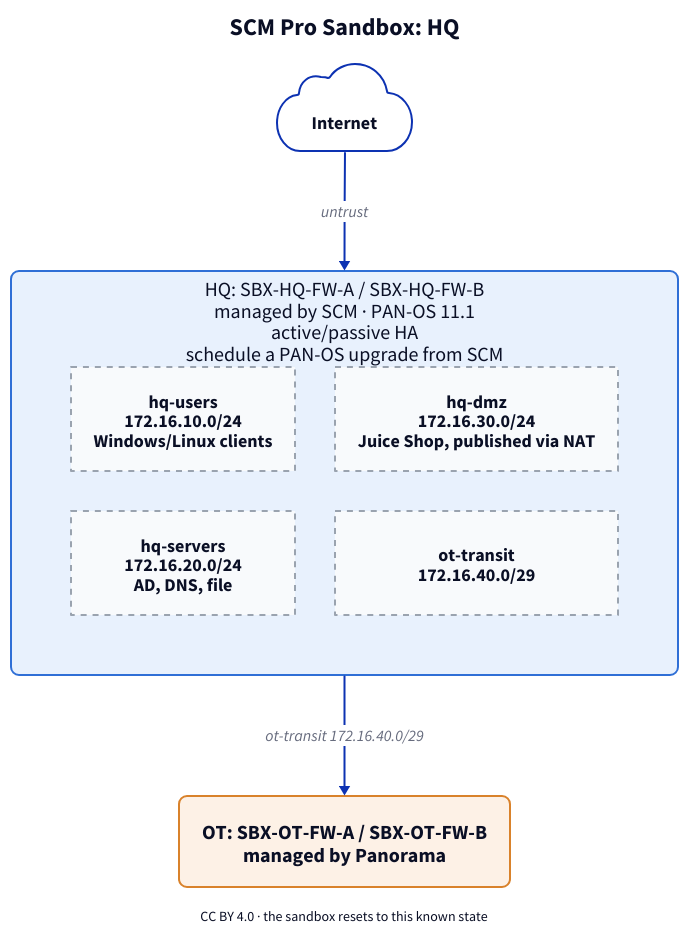
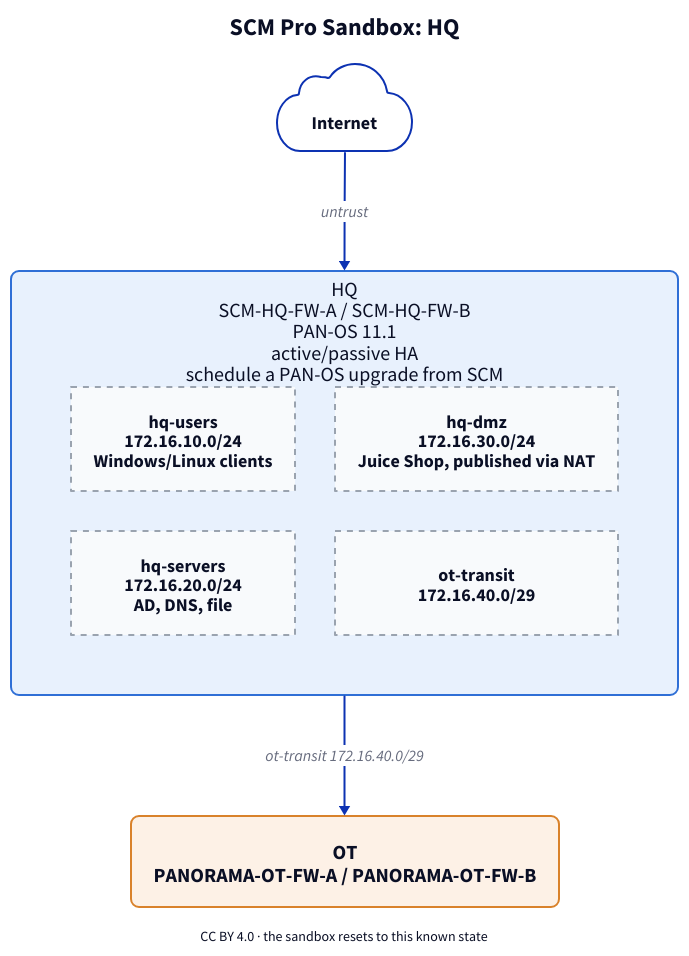
Before and after one commit to gegrsyn/SCMPro-Sandbox: the diagram in drawings/hq.d2, drawn with D2. The commit also changed 9 other files, not shown here.

```diff
--- a/drawings/hq.d2
+++ b/drawings/hq.d2
@@ -1,23 +1,23 @@
 direction: down
 title: "SCM Pro Sandbox: HQ" {near: top-center; shape: text; style.font-size: 24; style.bold: true}
 
 internet: {
   label: "Internet"
   shape: cloud; style: {font-size: 18}
 }
 fw: {
-  label: "HQ: SBX-HQ-FW-A / SBX-HQ-FW-B\nmanaged by SCM · PAN-OS 11.1\nactive/passive HA\nschedule a PAN-OS upgrade from SCM"
+  label: "HQ\nSCM-HQ-FW-A / SCM-HQ-FW-B\nPAN-OS 11.1\nactive/passive HA\nschedule a PAN-OS upgrade from SCM"
   style: {fill: "#e8f1fd"; stroke: "#2f6fd6"; border-radius: 8; font-size: 20}
   grid-columns: 2
   hq-users: "hq-users\n172.16.10.0/24\nWindows/Linux clients" {style: {fill: "#f8fafc"; stroke: "#9aa3af"; stroke-dash: 3; font-size: 18}}
   hq-servers: "hq-servers\n172.16.20.0/24\nAD, DNS, file" {style: {fill: "#f8fafc"; stroke: "#9aa3af"; stroke-dash: 3; font-size: 18}}
   hq-dmz: "hq-dmz\n172.16.30.0/24\nJuice Shop, published via NAT" {style: {fill: "#f8fafc"; stroke: "#9aa3af"; stroke-dash: 3; font-size: 18}}
   ot-transit: "ot-transit\n172.16.40.0/29" {style: {fill: "#f8fafc"; stroke: "#9aa3af"; stroke-dash: 3; font-size: 18}}
 }
 internet -> fw: "untrust" {style: {font-size: 16}}
 ot: {
-  label: "OT: SBX-OT-FW-A / SBX-OT-FW-B\nmanaged by Panorama"
+  label: "OT\nPANORAMA-OT-FW-A / PANORAMA-OT-FW-B"
   style: {fill: "#fdf1e6"; stroke: "#d9822b"; border-radius: 8; font-size: 20}
 }
 fw -> ot: "ot-transit 172.16.40.0/29" {style: {font-size: 16}}
 foot: "CC BY 4.0 · the sandbox resets to this known state" {shape: text; near: bottom-center; style.font-size: 14}
```
